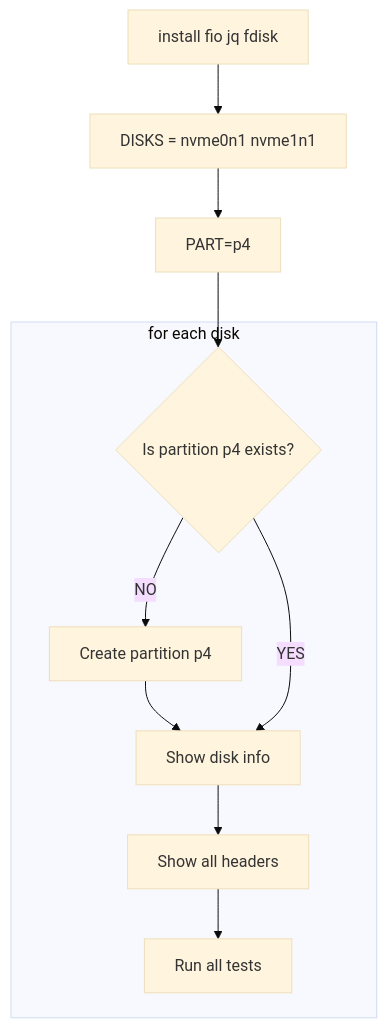
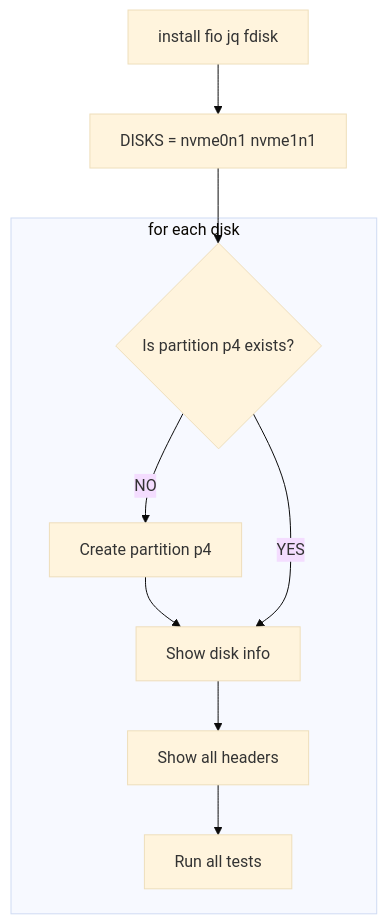
One commit to igluko/pve-scripts changed the diagram in README.md. Above: the diagram before and after it, drawn with Mermaid (base theme).

````diff
--- a/README.md
+++ b/README.md
@@ -20,13 +20,12 @@
 ```mermaid
 flowchart TB
     INSTALL[install fio jq fdisk] --> SET_DISKS[DISKS = nvme0n1 nvme1n1]
-    SET_DISKS --> SET_PART[PART=p4]
-    SET_PART --> IS_PART{Is partition p4 exists?}
+    SET_DISKS --> IS_PART{Is partition p4 exists?}
     subgraph MAIN_LOOP [for each disk]
         IS_PART -- NO --> CREATE_PART[Create partition p4]
         CREATE_PART --> ECHO_INFO[Show disk info]
         IS_PART -- YES --> ECHO_INFO[Show disk info]
         ECHO_INFO --> ECHO_HEADERS[Show all headers]
         ECHO_HEADERS --> RUN_TESTS[Run all tests]
     end
 ```
````
